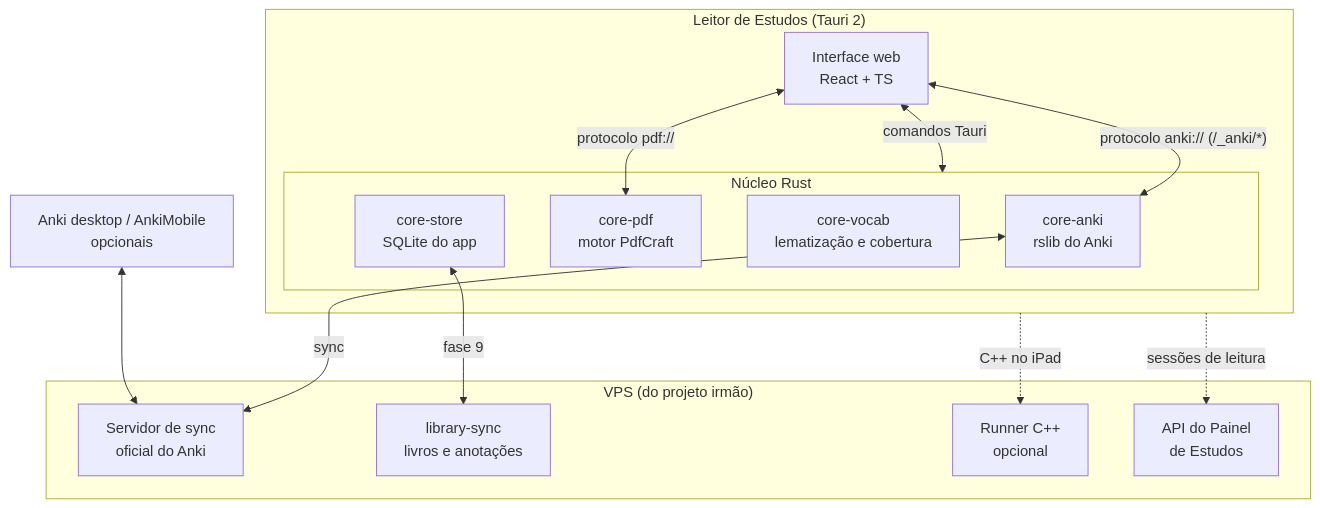
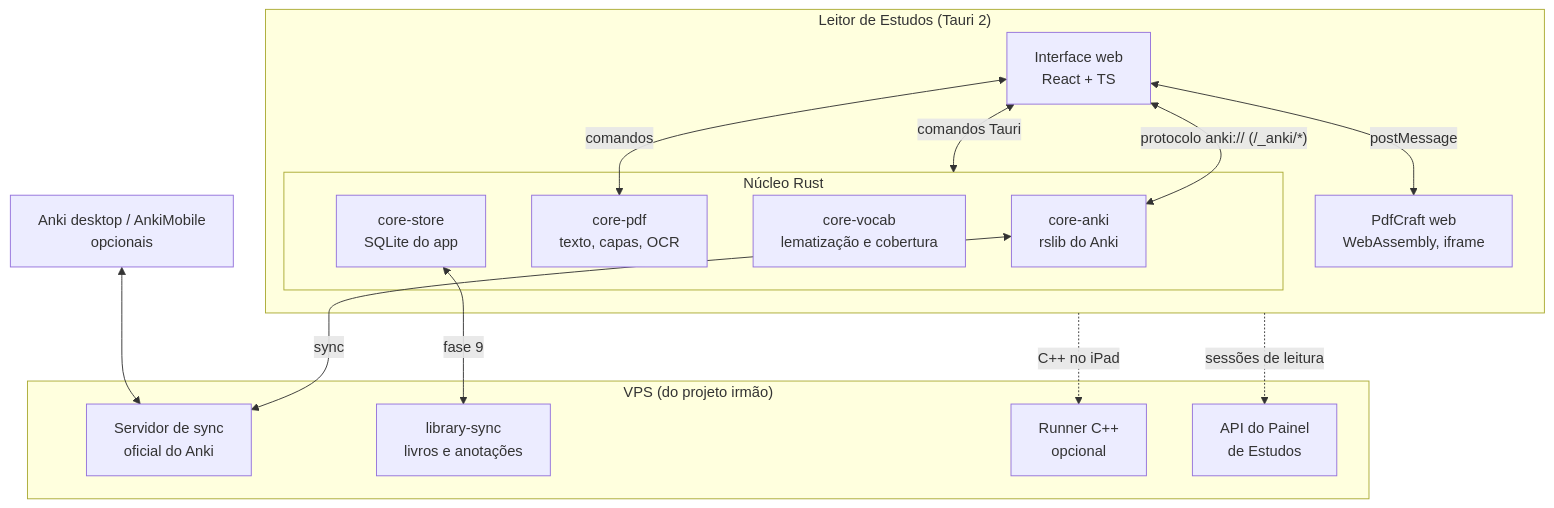
Before and after one commit to jmetrimiranda/Pdf_Anki: the diagram in docs/PROJETO.md, drawn with Mermaid. The commit also changed other lines of this file and 133 other files, not shown here.

First line of the commit message:
feat: phase 1 — embedded PdfCraft reader and library

````diff
--- a/docs/PROJETO.md
+++ b/docs/PROJETO.md
@@ -131,26 +132,28 @@
 ```mermaid
 flowchart TB
   subgraph App["Leitor de Estudos (Tauri 2)"]
     UI[Interface web<br/>React + TS]
     subgraph Core["Núcleo Rust"]
       CA[core-anki<br/>rslib do Anki]
-      CP[core-pdf<br/>motor PdfCraft]
+      CP[core-pdf<br/>texto, capas, OCR]
       CV[core-vocab<br/>lematização e cobertura]
       CS[core-store<br/>SQLite do app]
     end
     UI <-->|comandos Tauri| Core
     UI <-->|"protocolo anki:// (/_anki/*)"| CA
-    UI <-->|protocolo pdf://| CP
+    UI <-->|comandos| CP
+    PC[PdfCraft web<br/>WebAssembly, iframe]
+    UI <-->|postMessage| PC
   end
   subgraph VPS["VPS (do projeto irmão)"]
     SYNC[Servidor de sync<br/>oficial do Anki]
     LIB[library-sync<br/>livros e anotações]
     RUN[Runner C++<br/>opcional]
     PROD[API do Painel<br/>de Estudos]
   end
   CA <-->|sync| SYNC
   CS <-->|fase 9| LIB
   App -.sessões de leitura.-> PROD
   App -.C++ no iPad.-> RUN
   AM[Anki desktop / AnkiMobile<br/>opcionais] <--> SYNC
 ```
````
